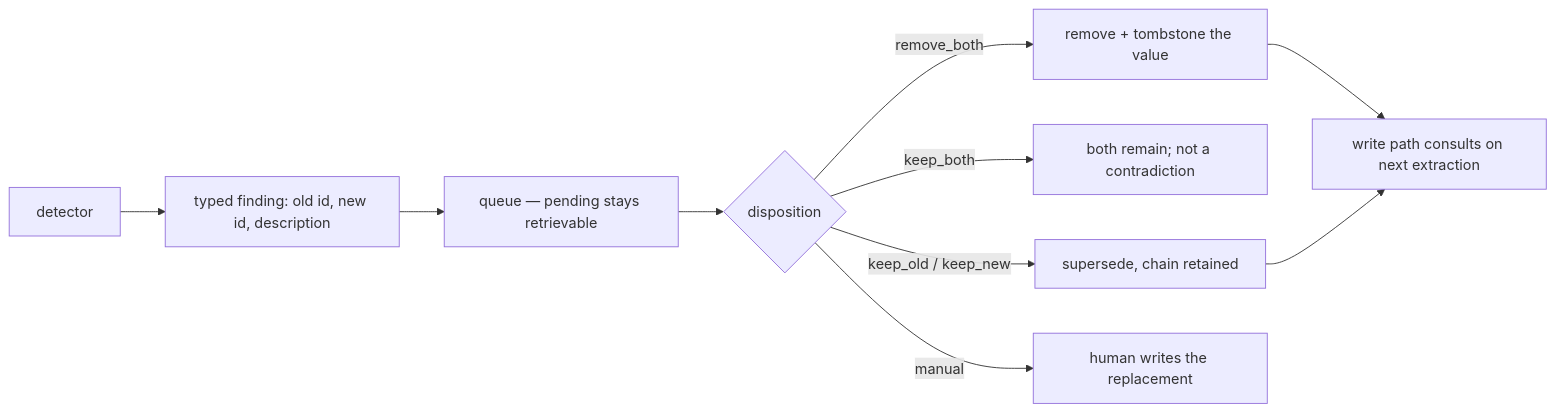
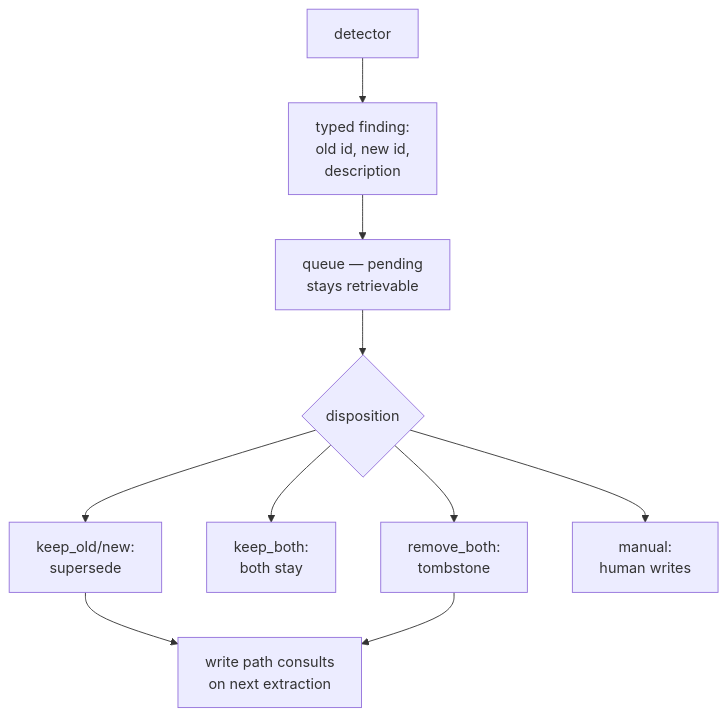
Before and after one commit to neoneye/agent-memory-atlas: the diagram in content/patterns/resolve-not-just-detect.md, drawn with Mermaid. The commit also changed 21 other files, not shown here.

````diff
--- a/content/patterns/resolve-not-just-detect.md
+++ b/content/patterns/resolve-not-just-detect.md
@@ -68,12 +68,12 @@
 ```mermaid
-flowchart LR
-    D["detector"] --> F["typed finding: old id, new id, description"]
-    F --> Q["queue — pending stays retrievable"]
+flowchart TD
+    D["detector"] --> F["typed finding:<br/>old id, new id,<br/>description"]
+    F --> Q["queue — pending<br/>stays retrievable"]
     Q --> R{"disposition"}
-    R -->|keep_old / keep_new| S["supersede, chain retained"]
-    R -->|keep_both| B["both remain; not a contradiction"]
-    R -->|remove_both| T["remove + tombstone the value"]
-    R -->|manual| H["human writes the replacement"]
-    T --> W["write path consults on next extraction"]
-    S --> W
+    R --> S["keep_old/new:<br/>supersede"]
+    R --> B["keep_both:<br/>both stay"]
+    R --> T["remove_both:<br/>tombstone"]
+    R --> H["manual:<br/>human writes"]
+    S --> W["write path consults<br/>on next extraction"]
+    T --> W
 ```
````
